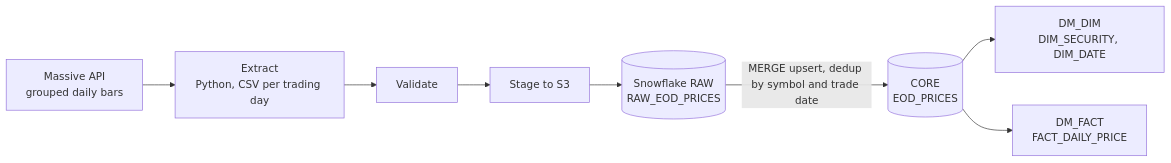
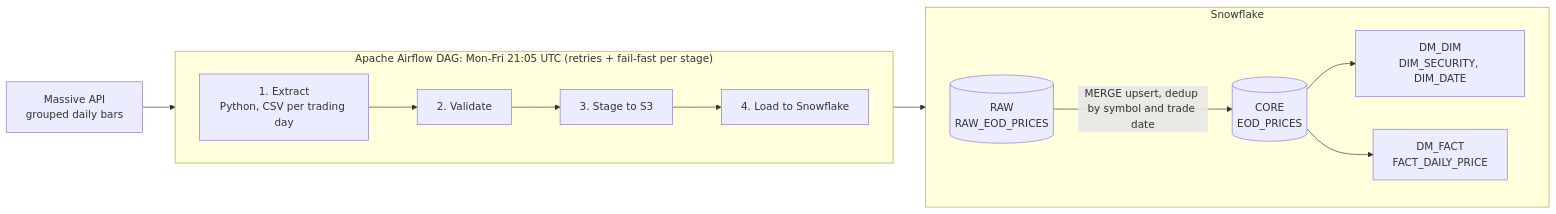
Before and after one commit to jaswanthdowpati35-maker/Securities-Pricing-Data-Pipeline: the diagram in README.md, drawn with Mermaid.

Commit message:
Enhance README with architecture flowchart
Updated the architecture section with a detailed Apache Airflow DAG flowchart and Snowflake data flow.

````diff
--- a/README.md
+++ b/README.md
@@ -9,10 +9,22 @@
 ```mermaid
 flowchart LR
-    A["Massive API<br/>grouped daily bars"] --> B["Extract<br/>Python, CSV per trading day"]
-    B --> C["Validate"]
-    C --> D["Stage to S3"]
-    D --> E[("Snowflake RAW<br/>RAW_EOD_PRICES")]
-    E -->|"MERGE upsert, dedup by symbol and trade date"| F[("CORE<br/>EOD_PRICES")]
-    F --> G["DM_DIM<br/>DIM_SECURITY, DIM_DATE"]
-    F --> H["DM_FACT<br/>FACT_DAILY_PRICE"]
+    API["Massive API<br/>grouped daily bars"]
+
+    subgraph AF["Apache Airflow DAG: Mon-Fri 21:05 UTC (retries + fail-fast per stage)"]
+        direction LR
+        T1["1. Extract<br/>Python, CSV per trading day"] --> T2["2. Validate"]
+        T2 --> T3["3. Stage to S3"]
+        T3 --> T4["4. Load to Snowflake"]
+    end
+
+    API --> T1
+
+    subgraph SF["Snowflake"]
+        direction LR
+        RAW[("RAW<br/>RAW_EOD_PRICES")] -->|"MERGE upsert, dedup by symbol and trade date"| CORE[("CORE<br/>EOD_PRICES")]
+        CORE --> DIM["DM_DIM<br/>DIM_SECURITY, DIM_DATE"]
+        CORE --> FACT["DM_FACT<br/>FACT_DAILY_PRICE"]
+    end
+
+    T4 --> RAW
 ```
````
